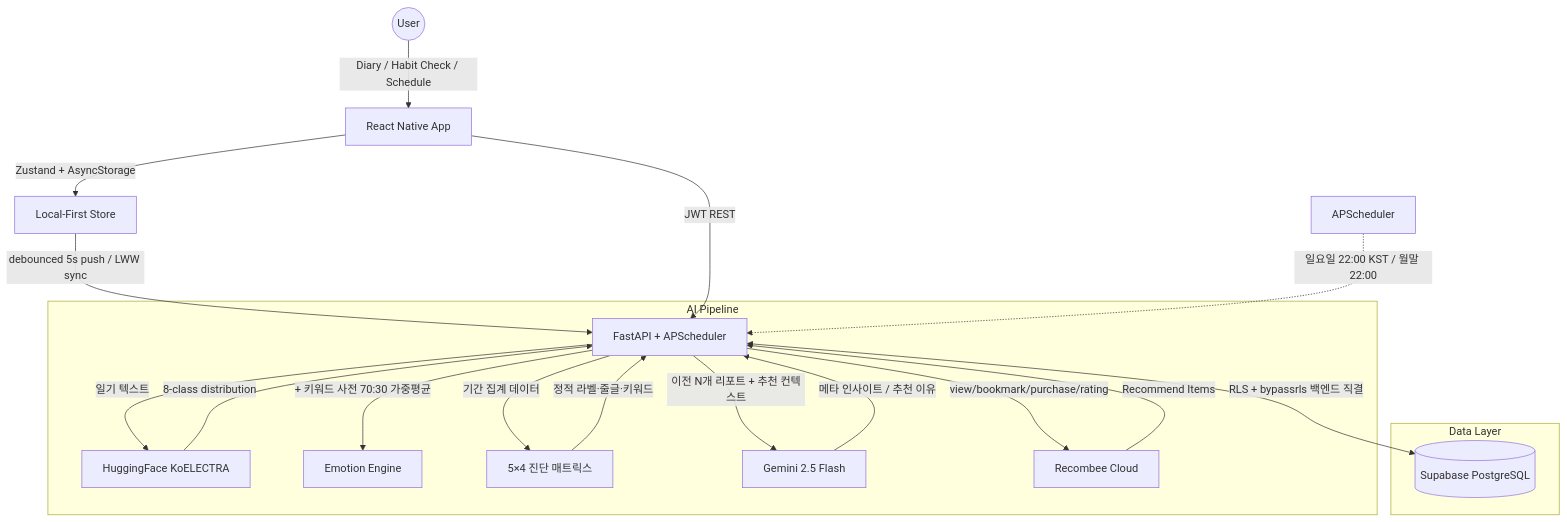
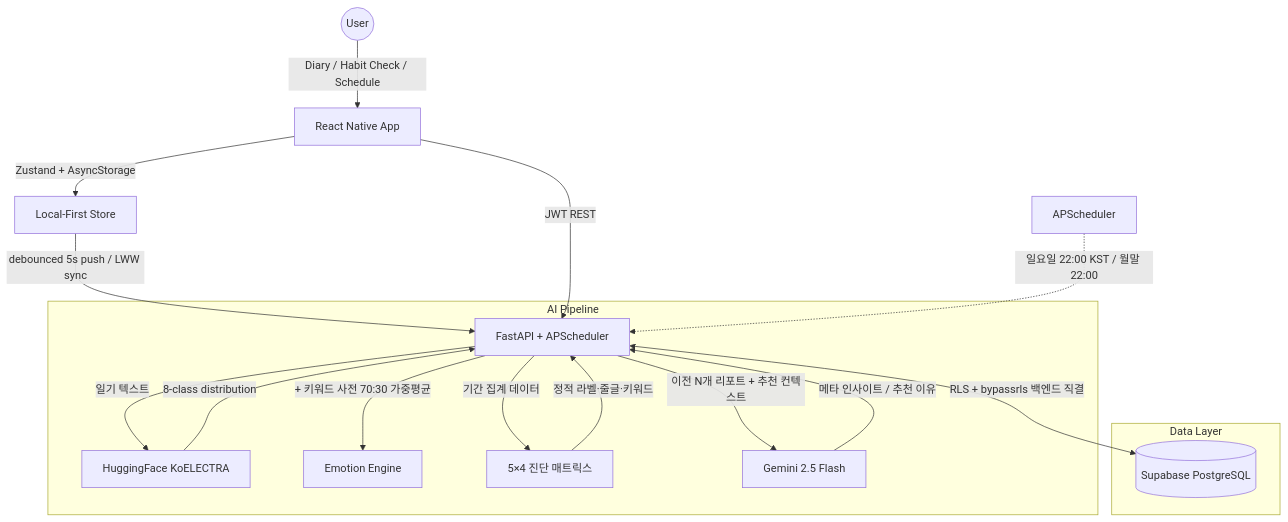
Before and after one commit to ariesYmarch/HABITS_gdProject: the diagram in README.md, drawn with Mermaid. The commit also changed other lines of this file, not shown here.

First line of the commit message:
docs: README 갱신 — Recombee 제거 반영 + Mood×Habit 인사이트 섹션 추가

````diff
--- a/README.md
+++ b/README.md
@@ -49,28 +49,26 @@
 ```mermaid
 graph TD
     User((User)) -->|Diary / Habit Check / Schedule| Client[React Native App]
     Client -->|Zustand + AsyncStorage| LocalStore[Local-First Store]
     LocalStore -->|debounced 5s push / LWW sync| Server
 
     Client -->|JWT REST| Server[FastAPI + APScheduler]
 
     subgraph "AI Pipeline"
         Server -->|일기 텍스트| HF[HuggingFace KoELECTRA]
         HF -->|8-class distribution| Server
         Server -->|+ 키워드 사전 70:30 가중평균| EmotionEngine[Emotion Engine]
 
         Server -->|기간 집계 데이터| Diagnosis[5×4 진단 매트릭스]
         Diagnosis -->|정적 라벨·줄글·키워드| Server
         Server -->|이전 N개 리포트 + 추천 컨텍스트| Gemini[Gemini 2.5 Flash]
         Gemini -->|메타 인사이트 / 추천 이유| Server
 
-        Server -->|view/bookmark/purchase/rating| Recombee[Recombee Cloud]
-        Recombee -->|Recommend Items| Server
     end
 
     subgraph "Data Layer"
         Server <-->|RLS + bypassrls 백엔드 직결| DB[(Supabase PostgreSQL)]
     end
 
     APScheduler[APScheduler] -.->|일요일 22:00 KST / 월말 22:00| Server
 ```
````
